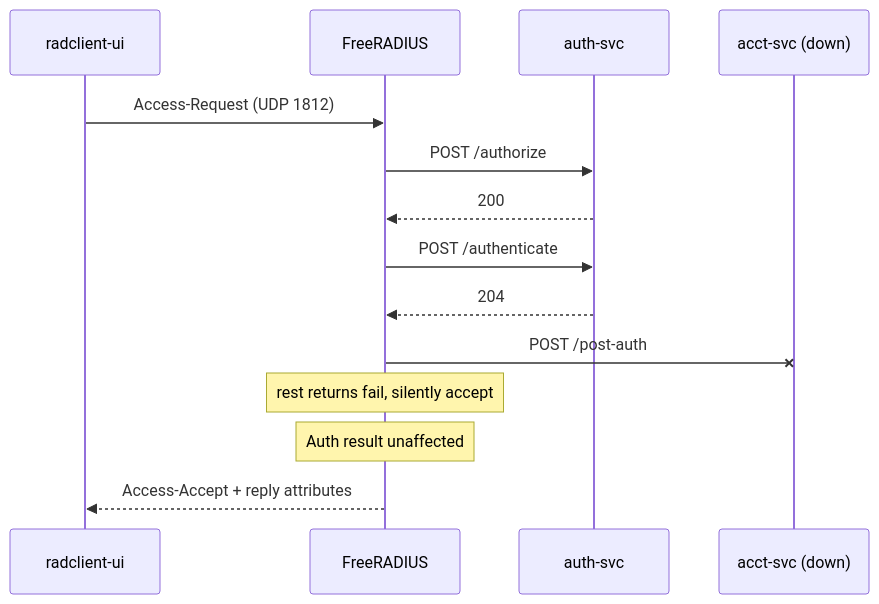
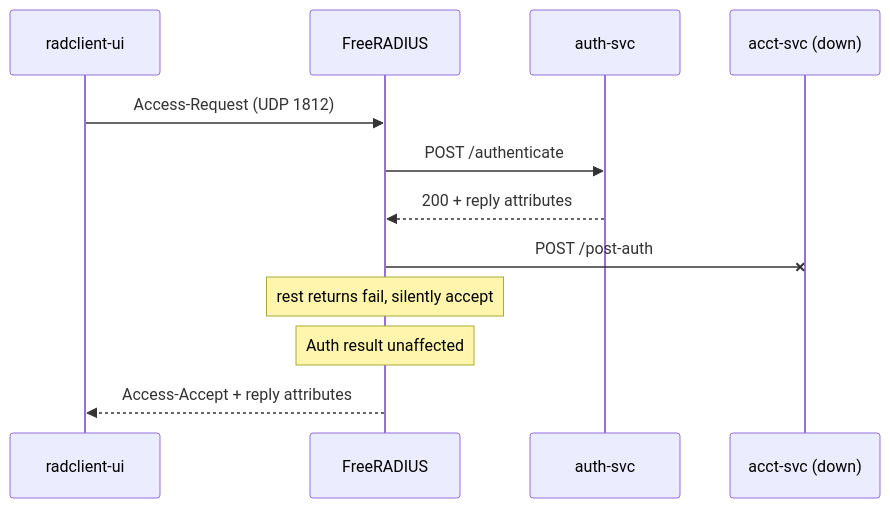
One commit to Work-Systems-Ltd/freeradius-http-auth changed the fifth of 6 diagrams in README.md. Above: the diagram before and after it, drawn with Mermaid. The commit also changed other lines of this file and 3 other files, not shown here.

````diff
--- a/README.md
+++ b/README.md
@@ -92,17 +89,15 @@
 ```mermaid
 sequenceDiagram
     participant UI as radclient-ui
     participant FR as FreeRADIUS
     participant AS as auth-svc
     participant AC as acct-svc (down)
 
     UI->>FR: Access-Request (UDP 1812)
-    FR->>AS: POST /authorize
-    AS-->>FR: 200
     FR->>AS: POST /authenticate
-    AS-->>FR: 204
+    AS-->>FR: 200 + reply attributes
     FR-xAC: POST /post-auth
     Note over FR: rest returns fail, silently accept
     Note over FR: Auth result unaffected
     FR-->>UI: Access-Accept + reply attributes
 ```
````
